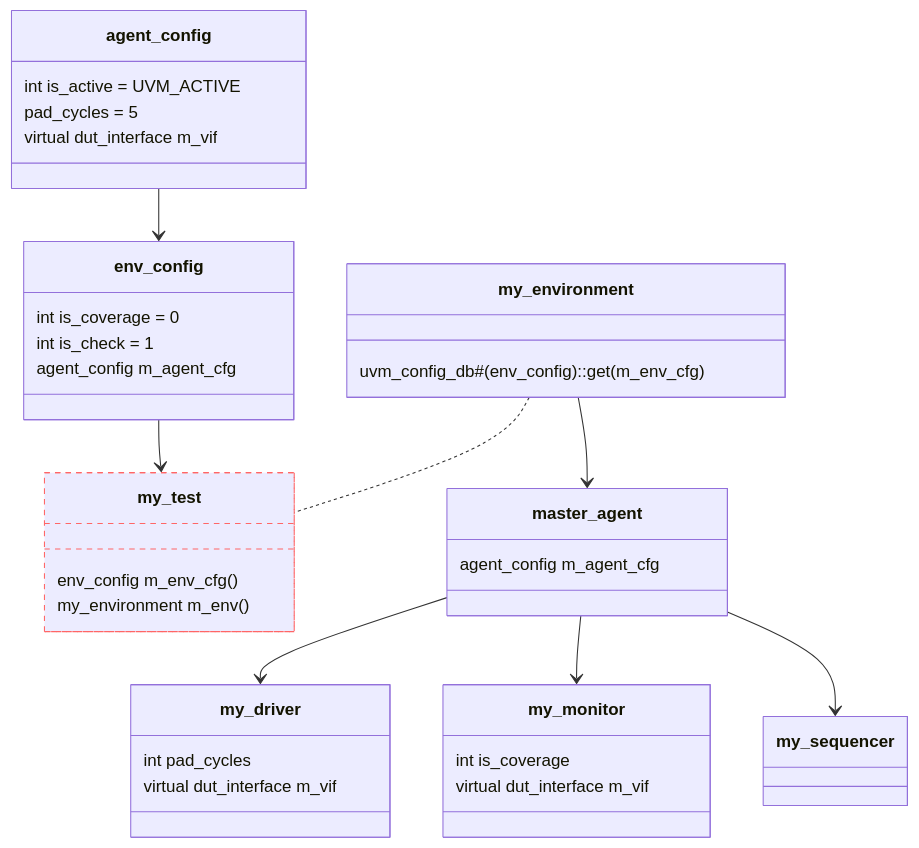
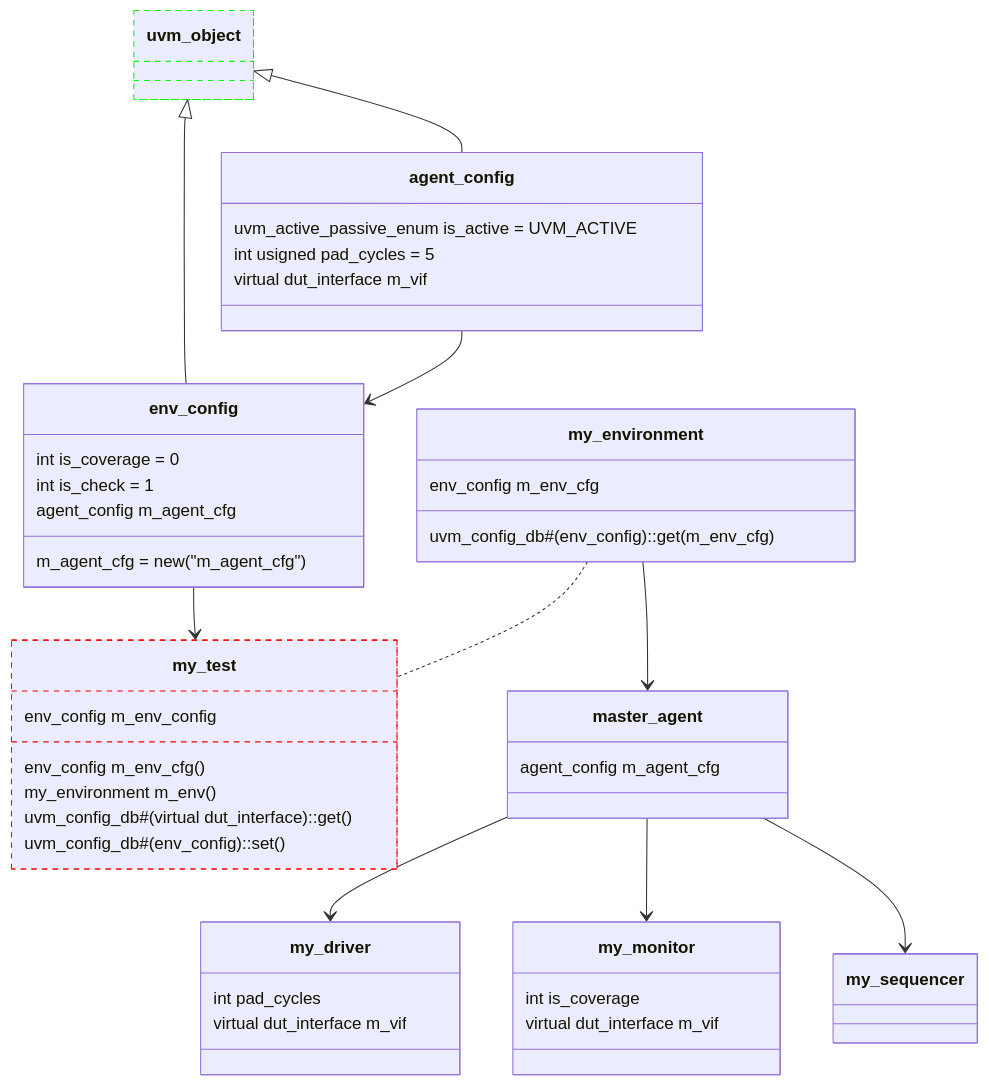
The third of 3 diagrams in lab_04_config_2_object/doc/uvm_learn.md (DuBirdFly/uvm_lab), drawn with Mermaid before and after one commit. The commit also changed other lines of this file and 8 other files, not shown here.

````diff
--- a/lab_04_config_2_object/doc/uvm_learn.md
+++ b/lab_04_config_2_object/doc/uvm_learn.md
@@ -371,46 +371,56 @@
 ```mermaid {align="center"}
 classDiagram
     class my_test {
+        env_config m_env_config
         env_config m_env_cfg()
         my_environment m_env()
+
+        uvm_config_db#(virtual dut_interface)::get()
+        uvm_config_db#(env_config)::set()
     }
     class env_config {
         int is_coverage = 0
         int is_check = 1
 
         agent_config m_agent_cfg
+
+        m_agent_cfg = new("m_agent_cfg")
     }
     class agent_config {
-        int is_active = UVM_ACTIVE
-        pad_cycles = 5
+        uvm_active_passive_enum is_active = UVM_ACTIVE
+        int usigned pad_cycles = 5
         virtual dut_interface m_vif
     }
+    class uvm_object
     class my_environment {
+        env_config m_env_cfg
         uvm_config_db#(env_config)::get(m_env_cfg)
     }
     class master_agent {
         agent_config m_agent_cfg
     }
 
     class my_driver {
         int pad_cycles
         virtual dut_interface m_vif
     }
     class my_monitor {
         int is_coverage
         virtual dut_interface m_vif
     }
     class my_sequencer
 
-    style my_test stroke:#f66,stroke-dasharray: 5
+    style my_test stroke:#f00,stroke-dasharray: 5
+    style uvm_object stroke:#0f0,stroke-dasharray: 5
 
-
+    uvm_object <|--agent_config
+    uvm_object <|--env_config
 
     agent_config --> env_config
     env_config --> my_test
     my_environment .. my_test
     my_environment --> master_agent
     master_agent --> my_driver
     master_agent --> my_monitor
     master_agent --> my_sequencer
 ```
````
